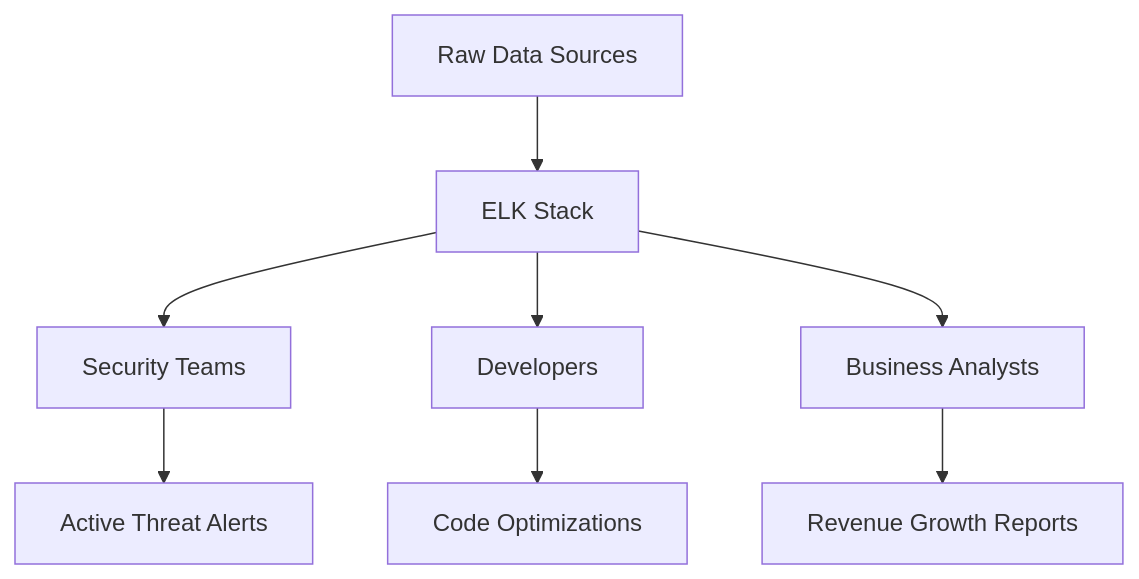
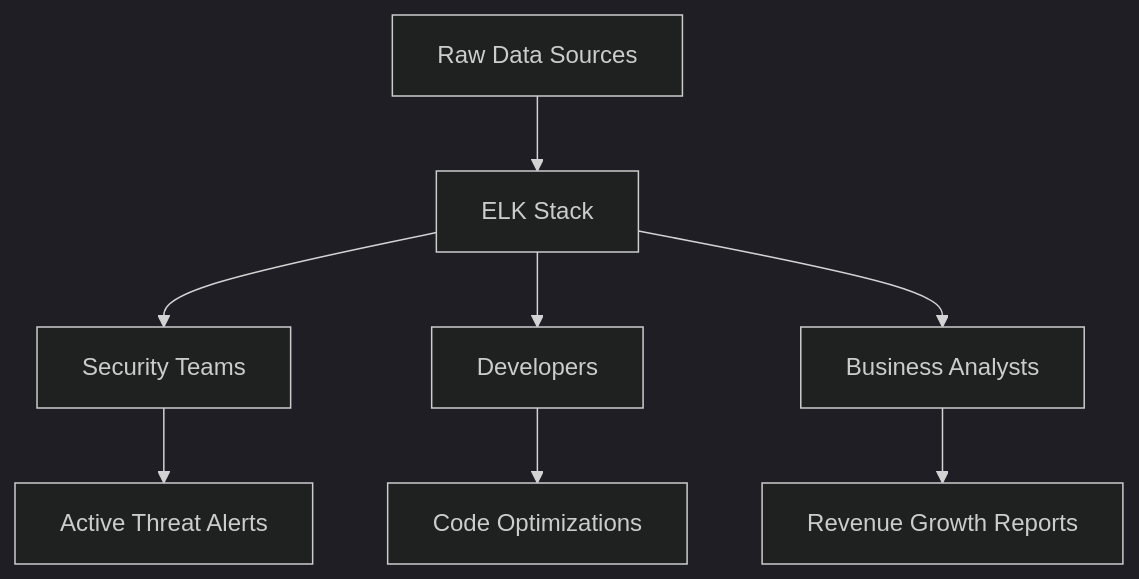
The diagram in documentation/07_Real_World_Applications.md (d-hackmt/ELK-STACK-DEMO), drawn with Mermaid before and after one commit. The commit also changed 7 other files, not shown here.

Commit message:
Enhance Mermaid diagram visibility and finalize documentation

````diff
--- a/documentation/07_Real_World_Applications.md
+++ b/documentation/07_Real_World_Applications.md
@@ -34,11 +34,12 @@
 ```mermaid
+%%{init: {'theme': 'dark', 'themeVariables': { 'primaryColor': '#ff007a' }}}%%
 graph TD
     Data[Raw Data Sources] --> ELK[ELK Stack]
     ELK --> Sec[Security Teams]
     ELK --> Dev[Developers]
     ELK --> Biz[Business Analysts]
     
     Sec --> Alert[Active Threat Alerts]
     Dev --> Perf[Code Optimizations]
     Biz --> Report[Revenue Growth Reports]
 ```
````
